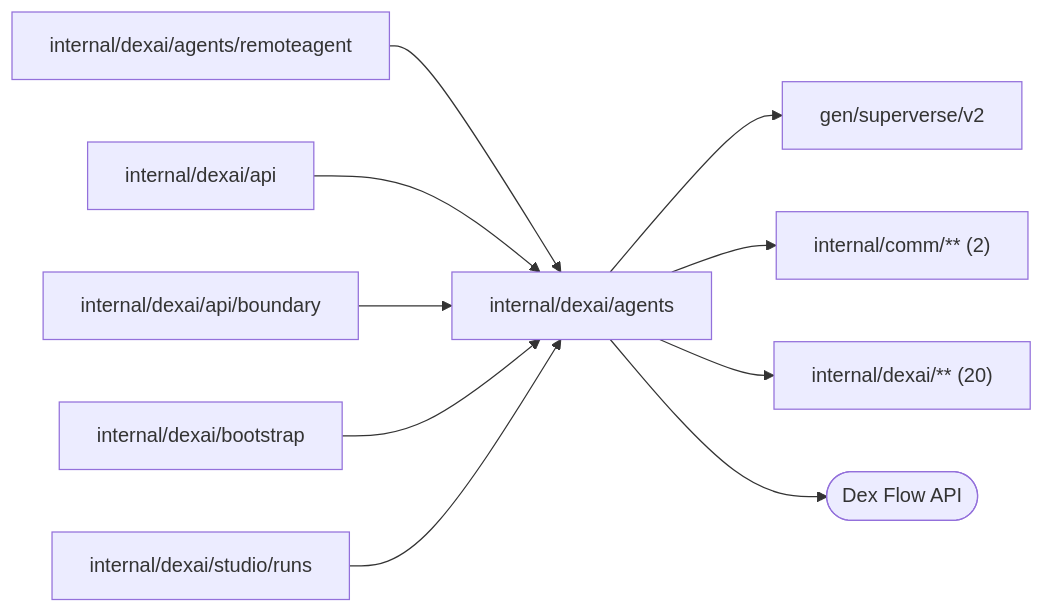
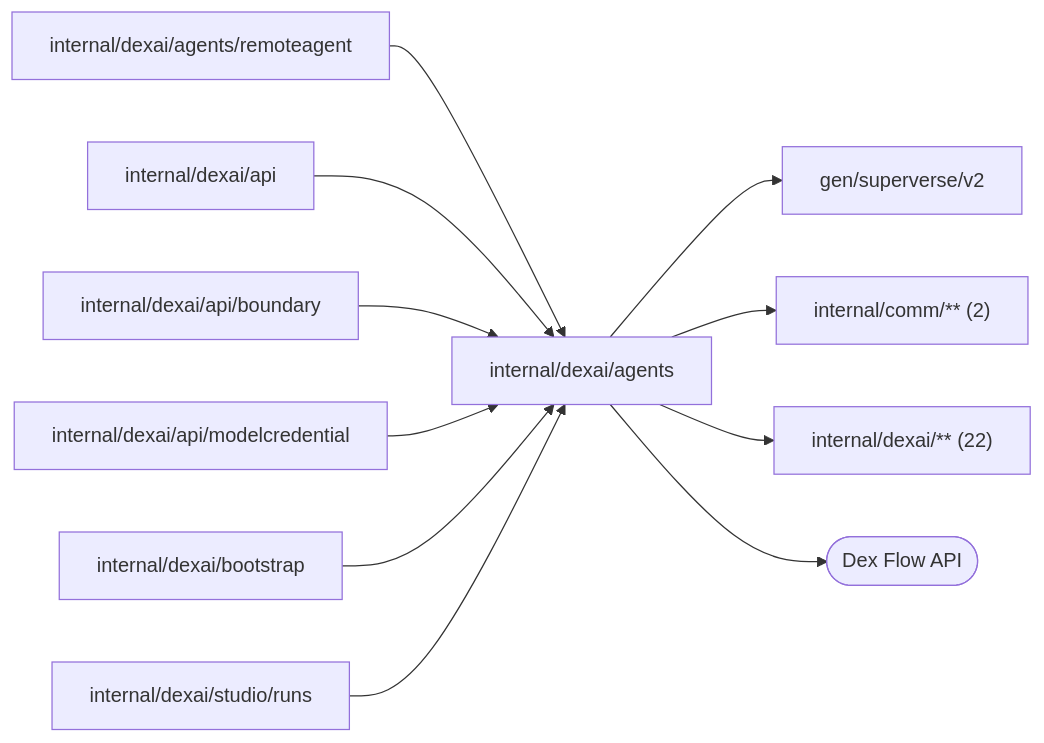
Before and after one commit to superdurable/superverse: the diagram in internal/dexai/agents/README.md, drawn with Mermaid. The commit also changed other lines of this file and 112 other files, not shown here.

````diff
--- a/internal/dexai/agents/README.md
+++ b/internal/dexai/agents/README.md
@@ -10,13 +10,14 @@
 ```mermaid
 flowchart LR
   self["internal/dexai/agents"]
   c0["internal/dexai/agents/remoteagent"] --> self
   c1["internal/dexai/api"] --> self
   c2["internal/dexai/api/boundary"] --> self
-  c3["internal/dexai/bootstrap"] --> self
-  c4["internal/dexai/studio/runs"] --> self
+  c3["internal/dexai/api/modelcredential"] --> self
+  c4["internal/dexai/bootstrap"] --> self
+  c5["internal/dexai/studio/runs"] --> self
   self --> d0["gen/superverse/v2"]
   self --> d1["internal/comm/** (2)"]
-  self --> d2["internal/dexai/** (20)"]
+  self --> d2["internal/dexai/** (22)"]
   self --> e0(["Dex Flow API"])
 ```
````
